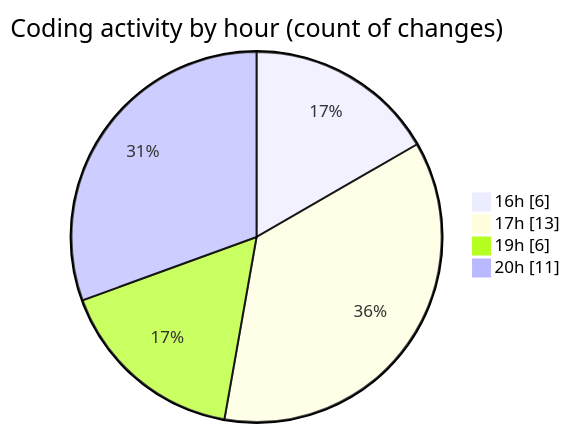
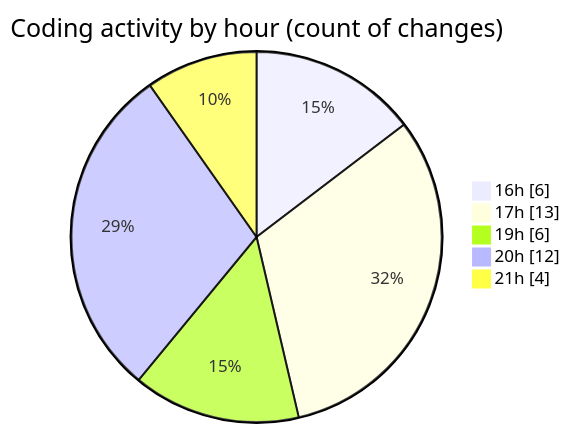
One commit to idhammustaqopulfikri/code-tracking changed the second of 2 diagrams in 2025-06-22/studio-backend/README.md. Above: the diagram before and after it, drawn with Mermaid. The commit also changed other lines of this file and 1 other file, not shown here.

````diff
--- a/2025-06-22/studio-backend/README.md
+++ b/2025-06-22/studio-backend/README.md
@@ -36,8 +37,9 @@
 ```mermaid
 pie showData
 title Coding activity by hour (count of changes)
 "16h" : 6
 "17h" : 13
 "19h" : 6
-"20h" : 11
+"20h" : 12
+"21h" : 4
 ```
````
